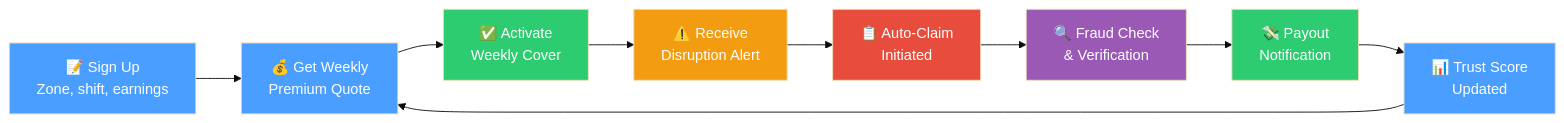
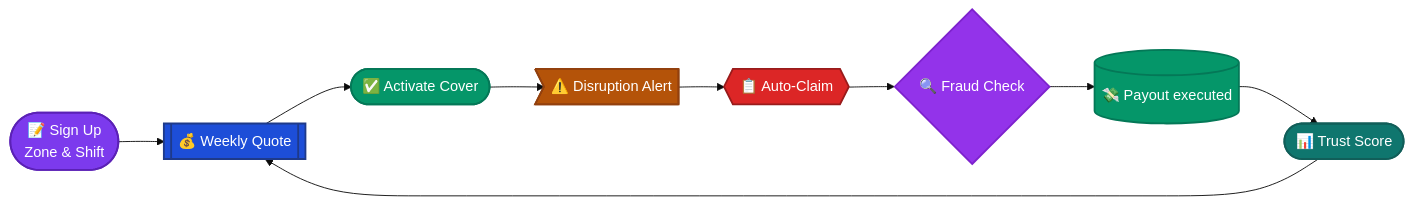
The second of 4 diagrams in README.md (Chorko/Celestius_Covara_One_P1), drawn with Mermaid (base theme) before and after one commit. The commit also changed other lines of this file and 43 other files, not shown here.

````diff
--- a/README.md
+++ b/README.md
@@ -229,20 +262,19 @@
 ```mermaid
 flowchart LR
-    A["📝 Sign Up<br/>Zone, shift, earnings"] --> B["💰 Get Weekly<br/>Premium Quote"]
-    B --> C["✅ Activate<br/>Weekly Cover"]
-    C --> D["⚠️ Receive<br/>Disruption Alert"]
-    D --> E["📋 Auto-Claim<br/>Initiated"]
-    E --> F["🔍 Fraud Check<br/>& Verification"]
-    F --> G["💸 Payout<br/>Notification"]
-    G --> H["📊 Trust Score<br/>Updated"]
+    classDef step fill:#7C3AED,color:#fff,stroke:#5B21B6,stroke-width:2px;
+    classDef finance fill:#1D4ED8,color:#fff,stroke:#1E3A8A,stroke-width:2px;
+    classDef alert fill:#B45309,color:#fff,stroke:#92400E,stroke-width:2px;
+    classDef action fill:#DC2626,color:#fff,stroke:#991B1B,stroke-width:2px;
+    classDef engine fill:#9333EA,color:#fff,stroke:#7E22CE,stroke-width:2px;
+    classDef success fill:#059669,color:#fff,stroke:#047857,stroke-width:2px;
+    classDef metric fill:#0F766E,color:#fff,stroke:#115E59,stroke-width:2px;
+
+    A([📝 Sign Up<br/>Zone & Shift]):::step --> B[[💰 Weekly Quote]]:::finance
+    B --> C([✅ Activate Cover]):::success
+    C --> D>⚠️ Disruption Alert]:::alert
+    D --> E{{📋 Auto-Claim}}:::action
+    E --> F{🔍 Fraud Check}:::engine
+    F --> G[(💸 Payout executed)]:::success
+    G --> H([📊 Trust Score]):::metric
     H --> B
-
-    style A fill:#4a9eff,color:#fff
-    style B fill:#4a9eff,color:#fff
-    style C fill:#2ecc71,color:#fff
-    style D fill:#f39c12,color:#fff
-    style E fill:#e74c3c,color:#fff
-    style F fill:#9b59b6,color:#fff
-    style G fill:#2ecc71,color:#fff
-    style H fill:#4a9eff,color:#fff
 ```
````
